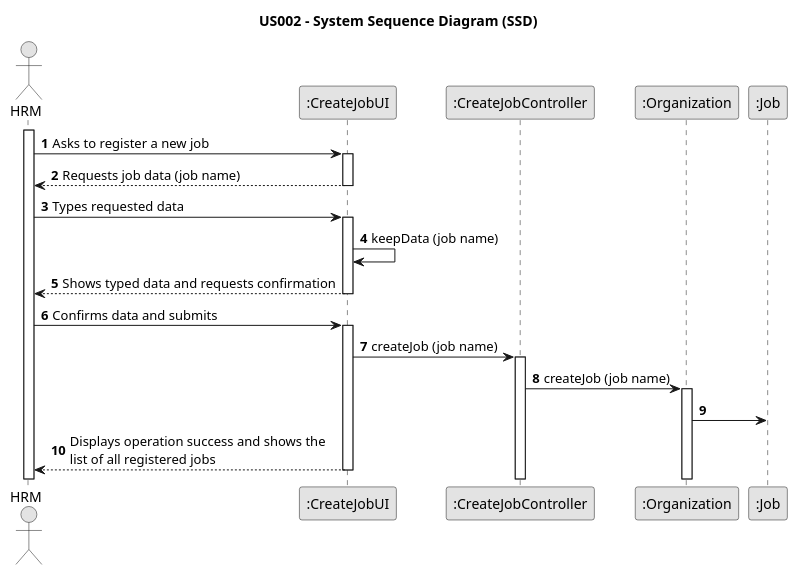
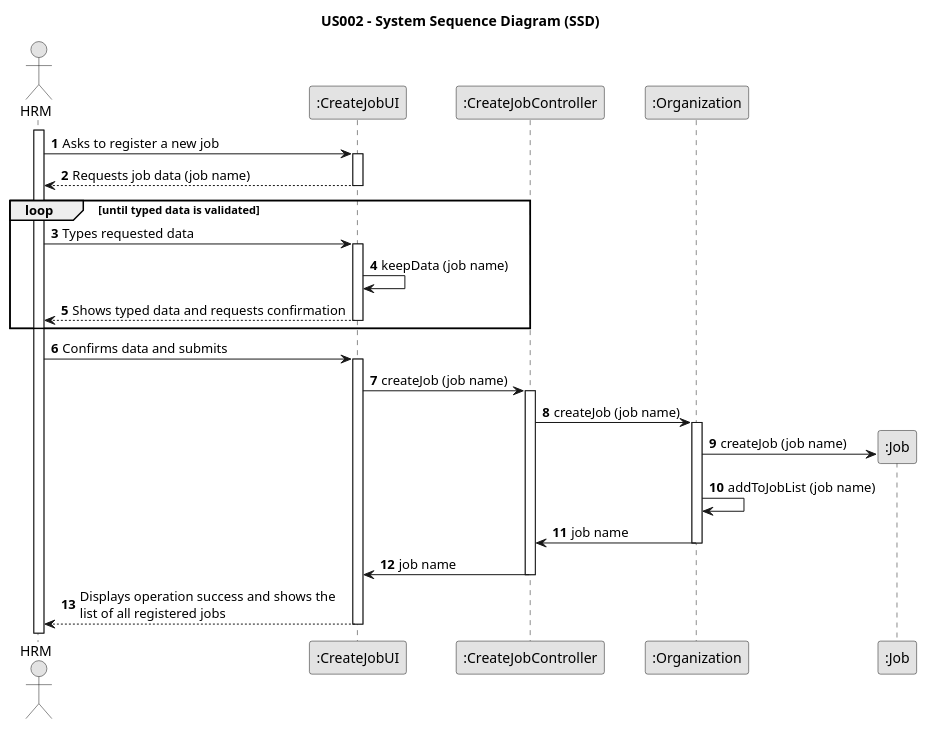
The diagram in docs/sprintB/us002/03.design/puml/us002-sequence-diagram.puml (Rui-San/LAPR2_2023_2024), drawn with PlantUML before and after one commit.

Commit message:
US002 - Kept working on SD

```diff
--- a/docs/sprintB/us002/03.design/puml/us002-sequence-diagram.puml
+++ b/docs/sprintB/us002/03.design/puml/us002-sequence-diagram.puml
@@ -1,54 +1,55 @@
     @startuml
 skinparam monochrome true
 skinparam packageStyle rectangle
 skinparam shadowing false
 
 title US002 - System Sequence Diagram (SSD)
 
 autonumber
 
 actor "HRM" as Employee
 participant ":CreateJobUI" as CJU
 participant ":CreateJobController" as CJC
 participant ":Organization" as ORG
 participant ":Job" as JOB
 
 activate Employee
 
     Employee -> CJU : Asks to register a new job
     activate CJU
 
         CJU --> Employee : Requests job data (job name)
     deactivate CJU
-
+    loop until typed data is validated
     Employee -> CJU : Types requested data
     activate CJU
     CJU -> CJU : keepData (job name)
 
         CJU --> Employee : Shows typed data and requests confirmation
     deactivate CJU
+    end
 
     Employee -> CJU : Confirms data and submits
     activate CJU
 
     CJU -> CJC : createJob (job name)
 
-
     activate CJC
 
     CJC -> ORG : createJob (job name)
 
-
-
     activate ORG
 
-    ORG -> JOB
+    ORG -> JOB** : createJob (job name)
 
+    ORG -> ORG : addToJobList (job name)
 
-
-
+    ORG -> CJC : job name
+    deactivate ORG
+    CJC -> CJU : job name
+    deactivate CJC
 
         CJU --> Employee : Displays operation success and shows the \nlist of all registered jobs
     deactivate CJU
 
 @enduml
```
